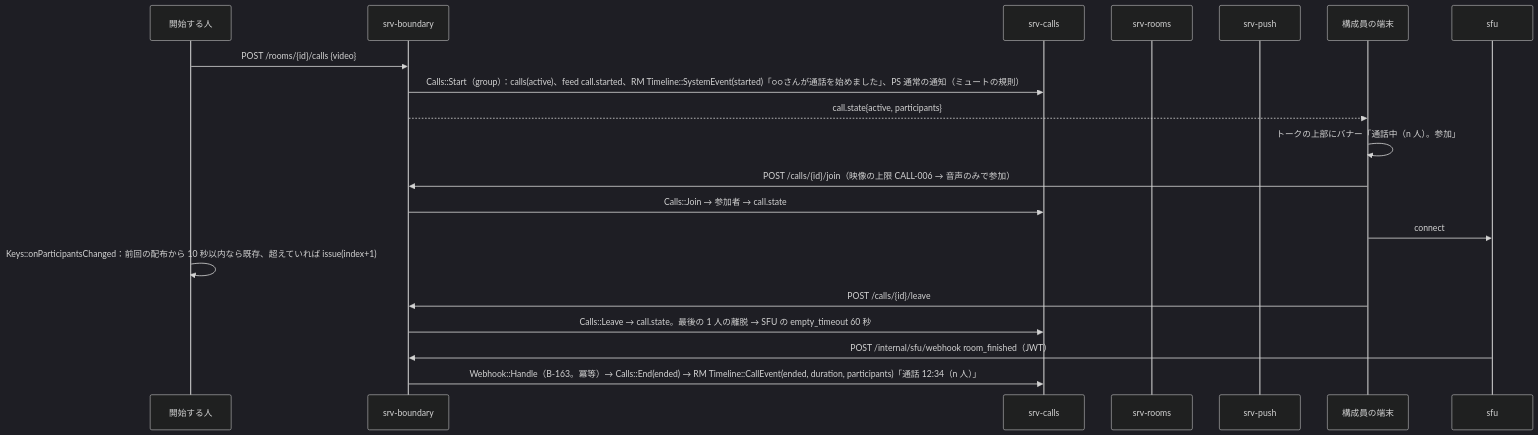
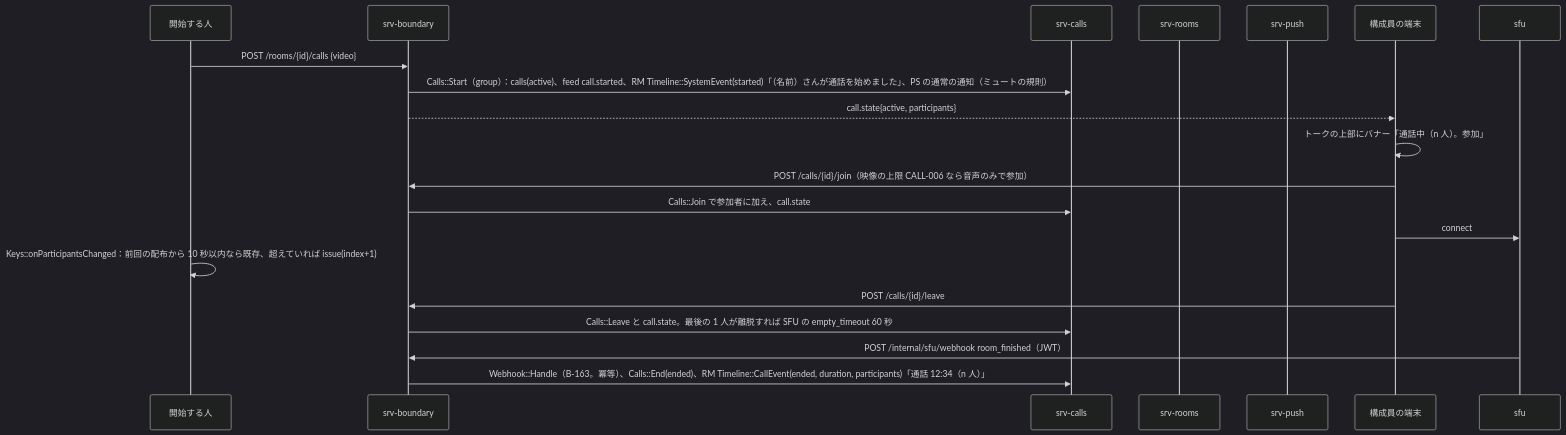
Before and after one commit to nrsd-ishikawasou/family-talk-pwa: the second of 4 diagrams in dev/docs/jp/シーケンス/07_通話.md, drawn with Mermaid (dark theme). The commit also changed other lines of this file and 290 other files, not shown here.

````diff
--- a/dev/docs/jp/シーケンス/07_通話.md
+++ b/dev/docs/jp/シーケンス/07_通話.md
@@ -65,22 +73,22 @@
 ```mermaid
 sequenceDiagram
   participant A as 開始する人
   participant BD as srv-boundary
   participant CL as srv-calls
   participant RM as srv-rooms
   participant PS as srv-push
   participant M as 構成員の端末
   participant SFU as sfu
   A->>BD: POST /rooms/{id}/calls {video}
-  BD->>CL: Calls::Start（group）：calls(active)、feed call.started、RM Timeline::SystemEvent(started)「○○さんが通話を始めました」、PS 通常の通知（ミュートの規則）
+  BD->>CL: Calls::Start（group）：calls(active)、feed call.started、RM Timeline::SystemEvent(started)「（名前）さんが通話を始めました」、PS の通常の通知（ミュートの規則）
   BD-->>M: call.state{active, participants}
   M->>M: トークの上部にバナー「通話中（n 人）。参加」
-  M->>BD: POST /calls/{id}/join（映像の上限 CALL-006 → 音声のみで参加）
-  BD->>CL: Calls::Join → 参加者 → call.state
+  M->>BD: POST /calls/{id}/join（映像の上限 CALL-006 なら音声のみで参加）
+  BD->>CL: Calls::Join で参加者に加え、call.state
   M->>SFU: connect
   A->>A: Keys::onParticipantsChanged：前回の配布から 10 秒以内なら既存、超えていれば issue(index+1)
   M->>BD: POST /calls/{id}/leave
-  BD->>CL: Calls::Leave → call.state。最後の 1 人の離脱 → SFU の empty_timeout 60 秒
+  BD->>CL: Calls::Leave と call.state。最後の 1 人が離脱すれば SFU の empty_timeout 60 秒
   SFU->>BD: POST /internal/sfu/webhook room_finished（JWT）
-  BD->>CL: Webhook::Handle（B-163。冪等）→ Calls::End(ended) → RM Timeline::CallEvent(ended, duration, participants)「通話 12:34（n 人）」
+  BD->>CL: Webhook::Handle（B-163。冪等）、Calls::End(ended)、RM Timeline::CallEvent(ended, duration, participants)「通話 12:34（n 人）」
 ```
````
